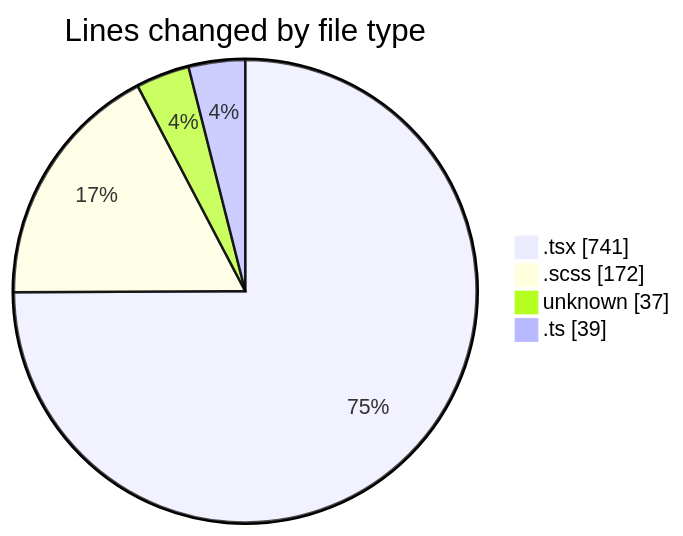
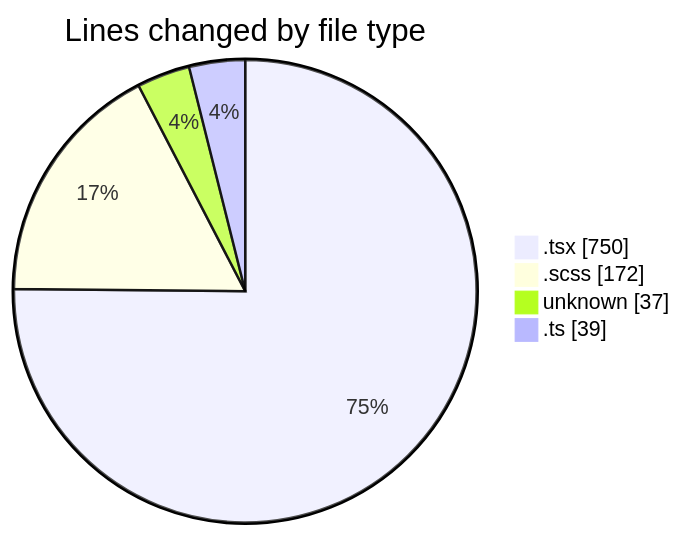
Before and after one commit to momahboobian/code-tracking: the first of 2 diagrams in 2025-09-16/cda/README.md, drawn with Mermaid. The commit also changed other lines of this file and 1 other file, not shown here.

````diff
--- a/2025-09-16/cda/README.md
+++ b/2025-09-16/cda/README.md
@@ -25,8 +25,8 @@
 ```mermaid
 pie showData
 title Lines changed by file type
-".tsx" : 741
+".tsx" : 750
 ".scss" : 172
 "unknown" : 37
 ".ts" : 39
 ```
````
